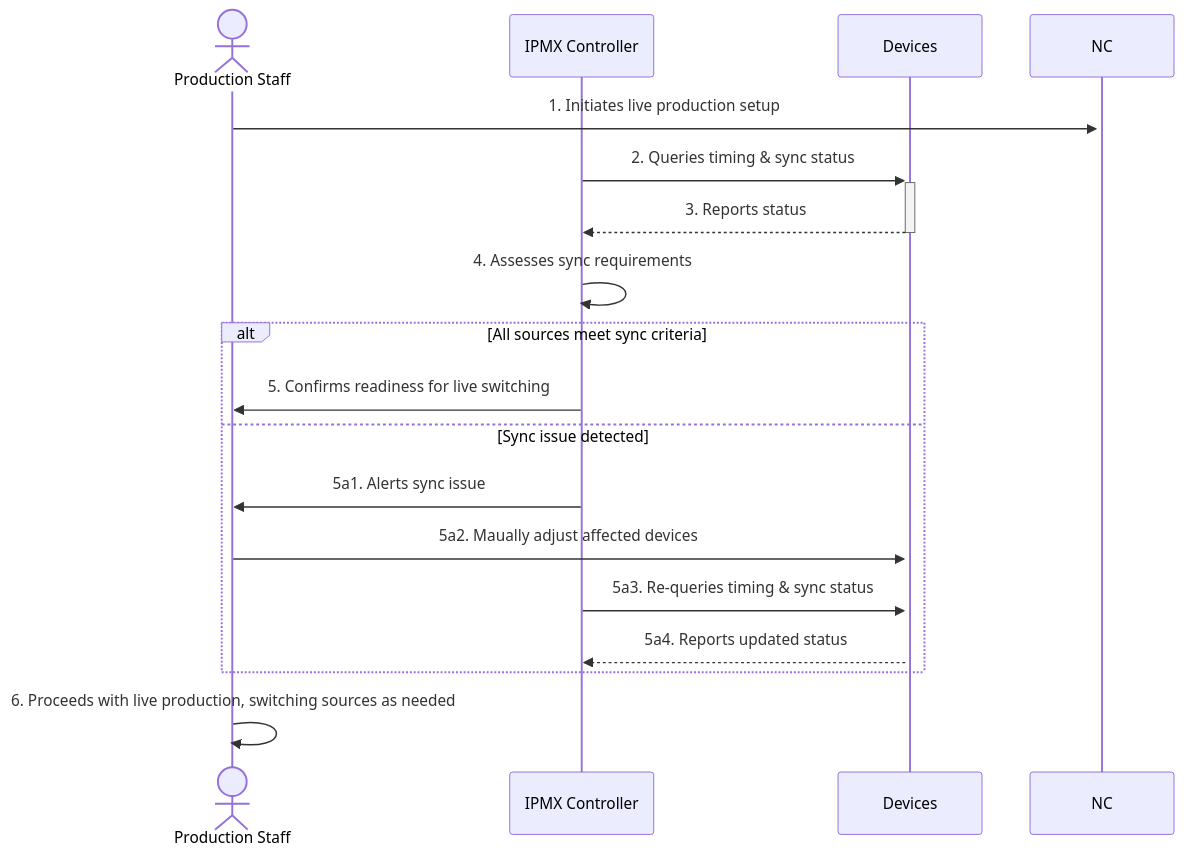
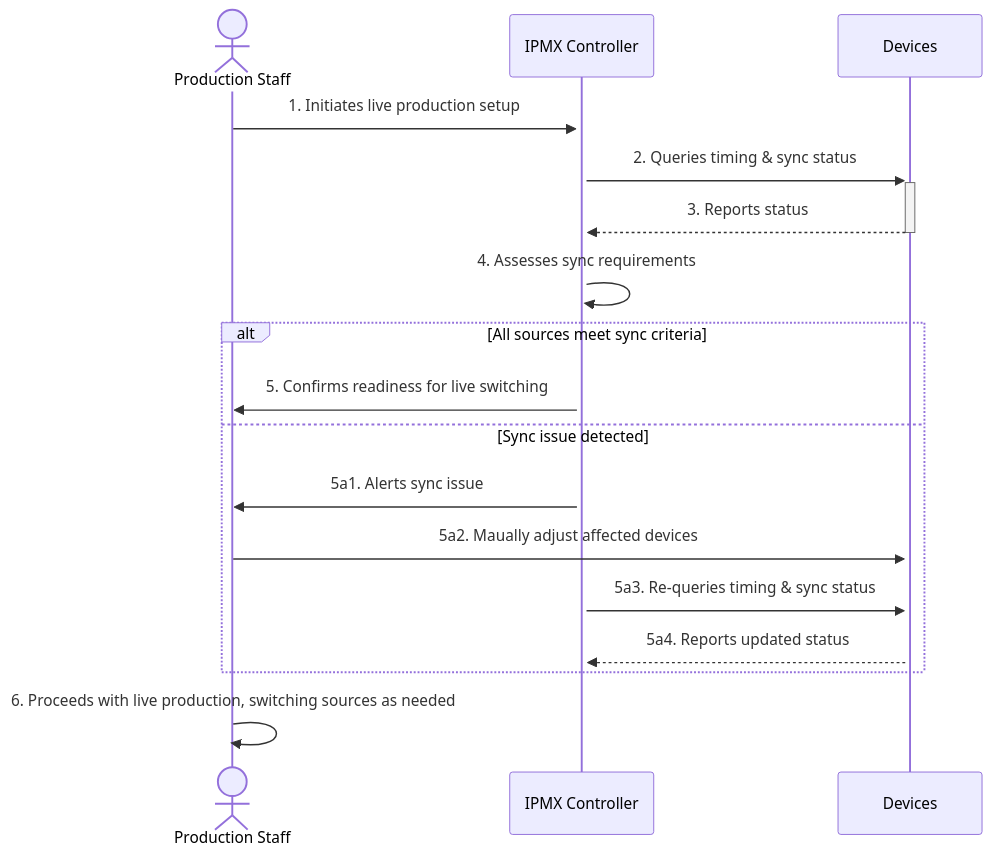
Before and after one commit to rbgodwin-nt/amwa-requirements-tracking: the diagram in IPMX/ProductionWorkflowEnhancement/Synchronization/UseCases/LiveProductionSwitching.md, drawn with Mermaid.

Commit message:
Update LiveProductionSwitching.md
Fix typo

````diff
--- a/IPMX/ProductionWorkflowEnhancement/Synchronization/UseCases/LiveProductionSwitching.md
+++ b/IPMX/ProductionWorkflowEnhancement/Synchronization/UseCases/LiveProductionSwitching.md
@@ -55,20 +55,20 @@
 ```mermaid
 sequenceDiagram
     actor PS as Production Staff
     participant IPMXC as IPMX Controller
     participant DS as Devices
  
-    PS->>+NC: 1. Initiates live production setup
+    PS->>+IPMXC: 1. Initiates live production setup
     IPMXC->>+DS: 2. Queries timing & sync status
     DS-->>-IPMXC: 3. Reports status
     IPMXC->>IPMXC: 4. Assesses sync requirements
     alt All sources meet sync criteria
         IPMXC->>PS: 5. Confirms readiness for live switching
     else Sync issue detected
         IPMXC->>PS: 5a1. Alerts sync issue
         PS->>+DS: 5a2. Maually adjust affected devices
         IPMXC->>DS: 5a3. Re-queries timing & sync status
      DS-->>IPMXC: 5a4. Reports updated status
     end
    PS->>PS: 6. Proceeds with live production, switching sources as needed
 ```
````
